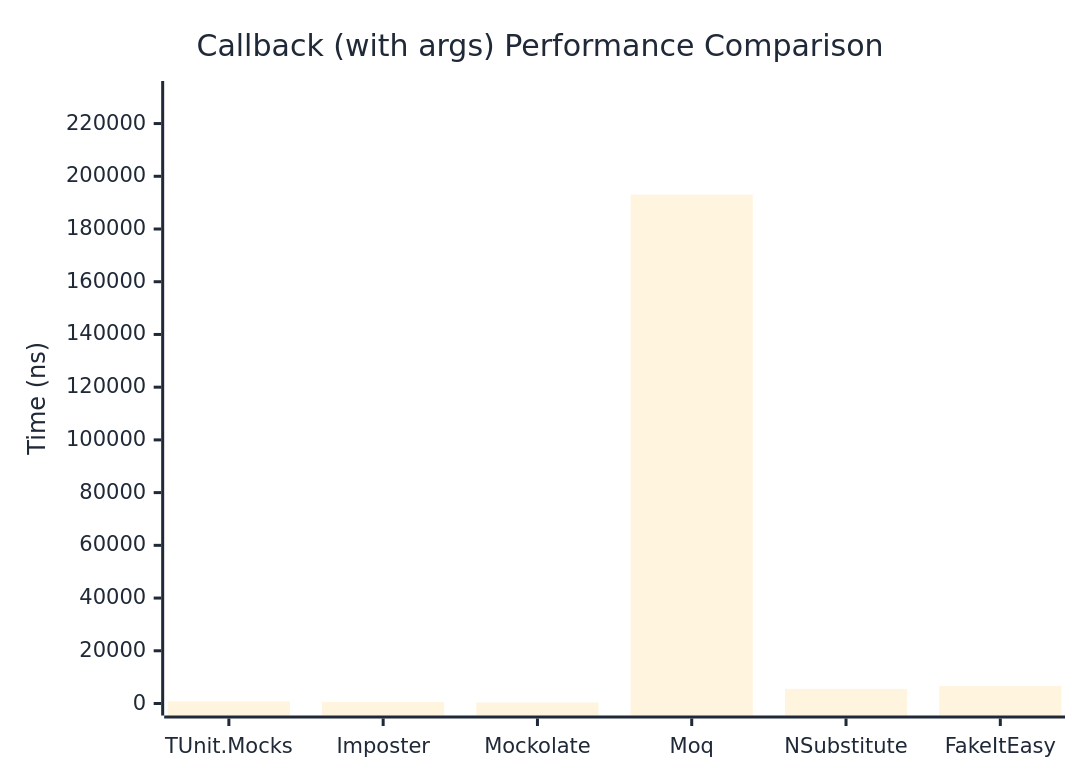
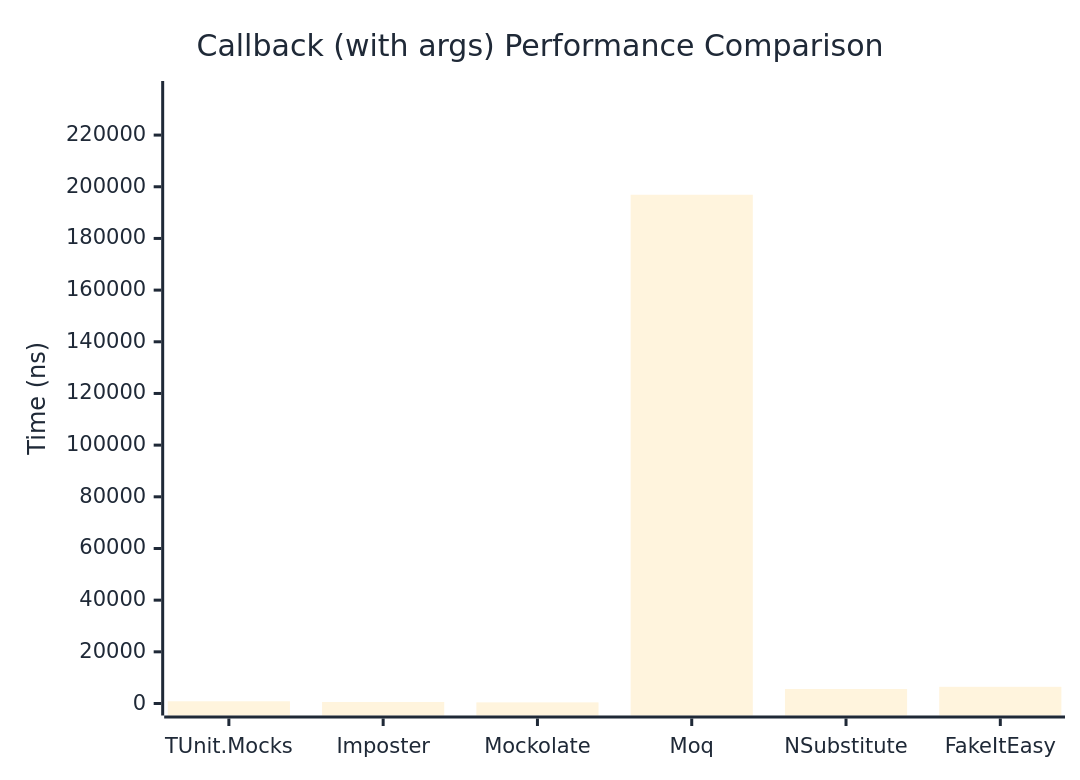
The second of 2 diagrams in docs/docs/benchmarks/mocks/Callback.md (thomhurst/TUnit), drawn with Mermaid before and after one commit. The commit also changed other lines of this file and 14 other files, not shown here.

````diff
--- a/docs/docs/benchmarks/mocks/Callback.md
+++ b/docs/docs/benchmarks/mocks/Callback.md
@@ -71,27 +71,27 @@
 ```mermaid
 %%{init: {
   'theme':'base',
   'themeVariables': {
     'primaryColor': '#2563eb',
     'primaryTextColor': '#1f2937',
     'primaryBorderColor': '#1e40af',
     'lineColor': '#6b7280',
     'secondaryColor': '#7c3aed',
     'tertiaryColor': '#dc2626',
     'background': '#ffffff',
     'pie1': '#2563eb',
     'pie2': '#7c3aed',
     'pie3': '#dc2626',
     'pie4': '#f59e0b',
     'pie5': '#10b981',
     'pie6': '#06b6d4',
     'pie7': '#ec4899',
     'pie8': '#6366f1'
   }
 }}%%
 xychart-beta
   title "Callback (with args) Performance Comparison"
   x-axis ["TUnit.Mocks", "Imposter", "Mockolate", "Moq", "NSubstitute", "FakeItEasy"]
-  y-axis "Time (ns)" 0 --> 231595
-  bar [793.6, 528, 390.2, 192995.6, 5539.7, 6605.4]
+  y-axis "Time (ns)" 0 --> 236290
+  bar [860, 579.3, 437, 196907.9, 5613.4, 6458.5]
 ```
````
